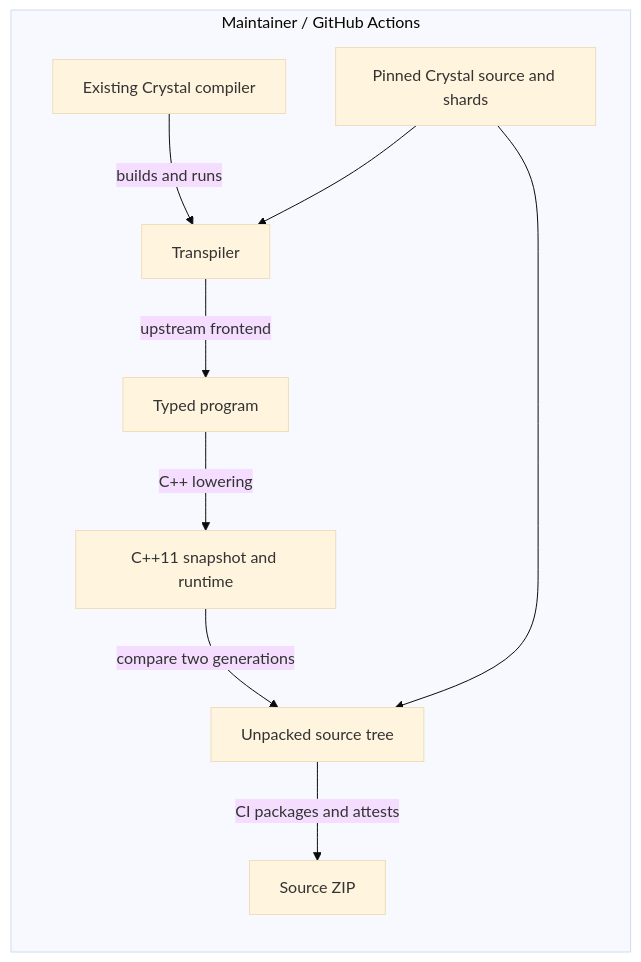
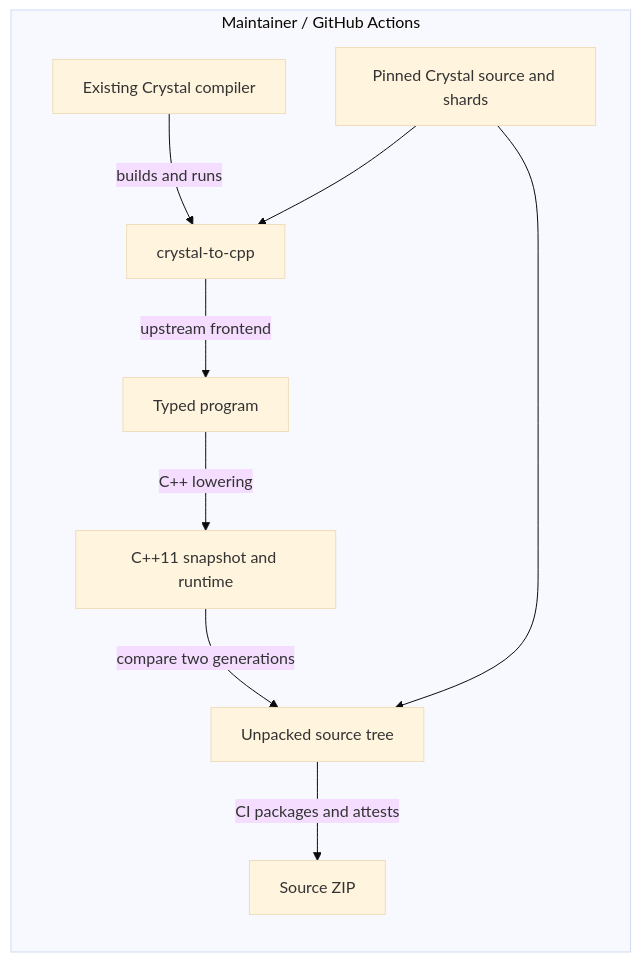
Before and after one commit to soupglasses/crystal-bootstrap: the first of 2 diagrams in README.md, drawn with Mermaid (base theme). The commit also changed other lines of this file and 3 other files, not shown here.

Commit message:
docs: explain crystal-to-cpp and direct usage

````diff
--- a/README.md
+++ b/README.md
@@ -12,12 +12,12 @@
 ```mermaid
 flowchart LR
     subgraph maintainer["Maintainer / GitHub Actions"]
-        host["Existing Crystal compiler"] -->|builds and runs| generator["Transpiler"]
+        host["Existing Crystal compiler"] -->|builds and runs| generator["crystal-to-cpp"]
         upstream["Pinned Crystal source and shards"] --> generator
         generator -->|upstream frontend| typed["Typed program"]
         typed -->|C++ lowering| cpp["C++11 snapshot and runtime"]
         cpp -->|compare two generations| tree["Unpacked source tree"]
         upstream --> tree
         tree -->|CI packages and attests| archive["Source ZIP"]
     end
 ```
````
